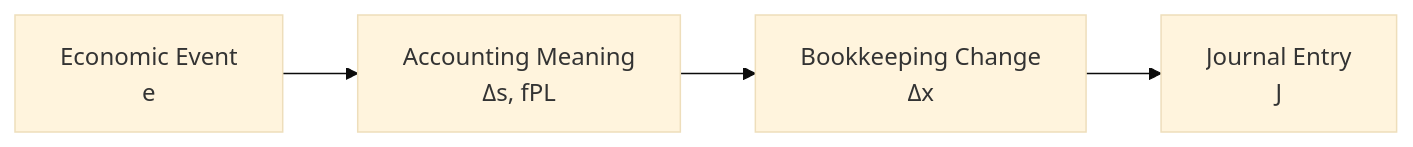
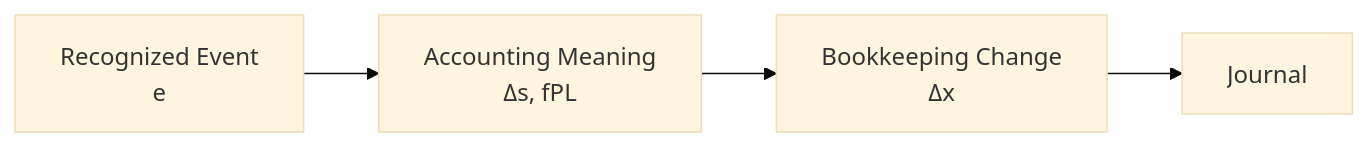
One commit to niikei/accounting-state-model changed the second of 2 diagrams in theory/03-transition.md. Above: the diagram before and after it, drawn with Mermaid (base theme). The commit also changed other lines of this file and 8 other files, not shown here.

````diff
--- a/theory/03-transition.md
+++ b/theory/03-transition.md
@@ -637,9 +693,9 @@
 ```mermaid
 flowchart LR
-    E["Economic Event<br/>e"]
-    S["Accounting Meaning<br/>Δs, fPL"]
-    X["Bookkeeping Change<br/>Δx"]
-    J["Journal Entry<br/>J"]
+    E["Recognized Event<br/>e"]
+    SEM["Accounting Meaning<br/>Δs, fPL"]
+    BOOK["Bookkeeping Change<br/>Δx"]
+    J["Journal"]
 
-    E --> S --> X --> J
+    E --> SEM --> BOOK --> J
 ```
````
